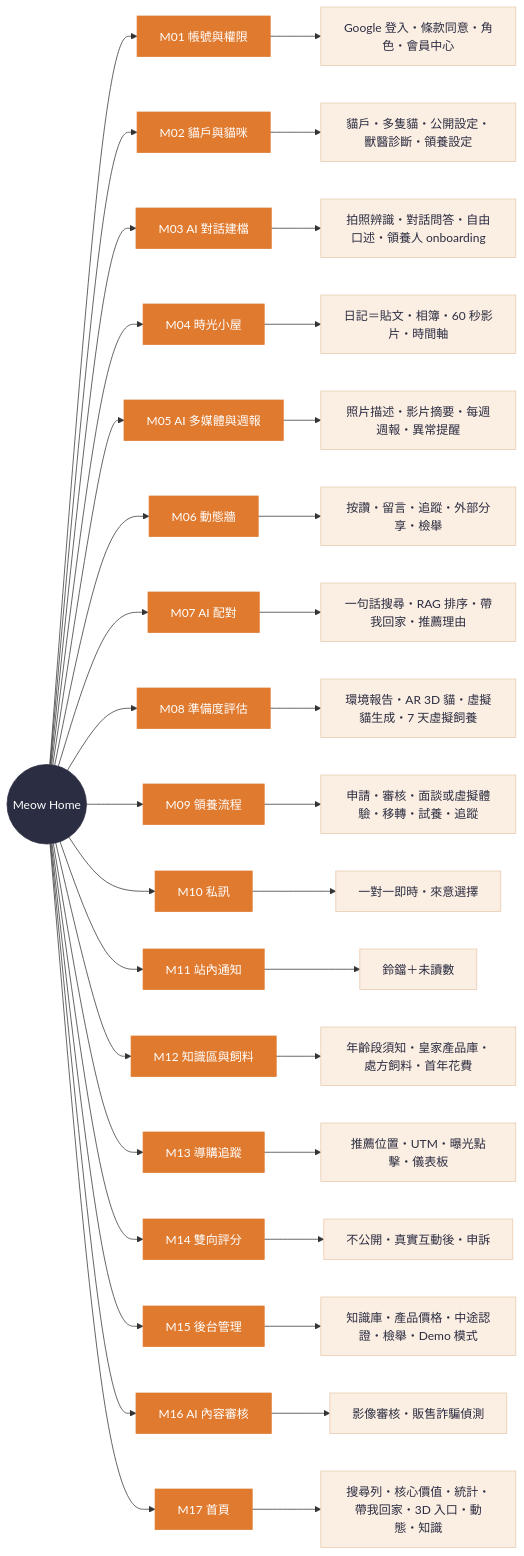
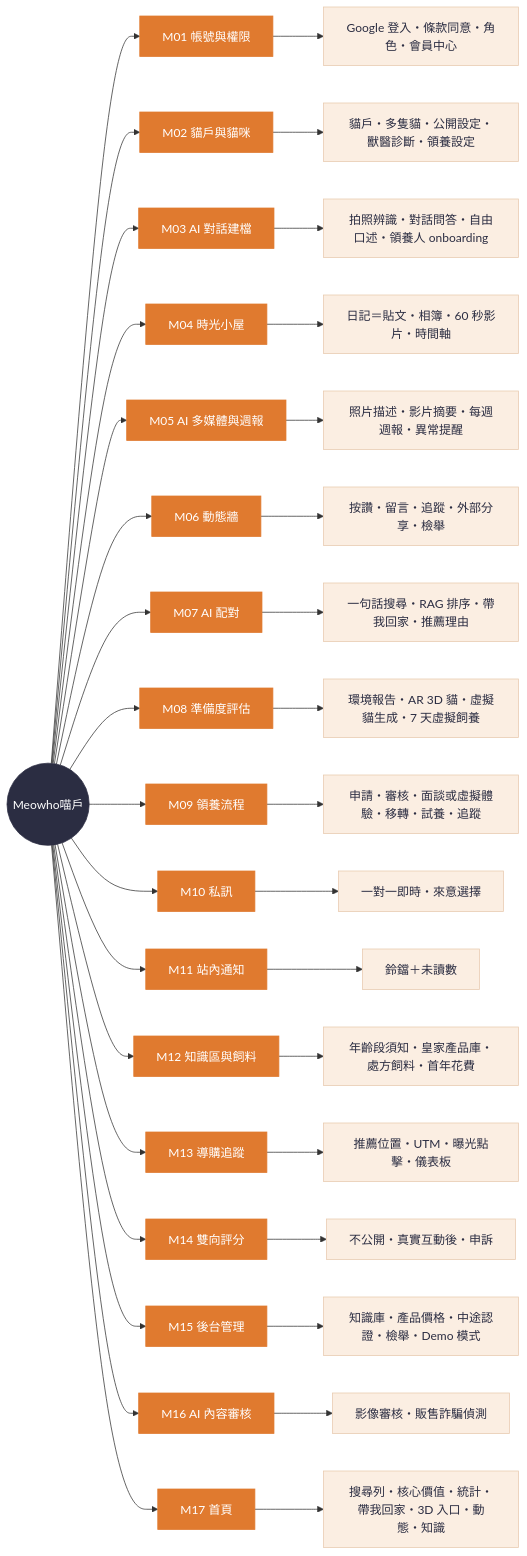
The diagram in docs/spec/diagrams/2_modules.mmd (GAE265-Meowho/Meowho), drawn with Mermaid before and after one commit. The commit also changed 40 other files, not shown here.

```diff
--- a/docs/spec/diagrams/2_modules.mmd
+++ b/docs/spec/diagrams/2_modules.mmd
@@ -1,23 +1,23 @@
 flowchart LR
   classDef root fill:#2B2D42,color:#FFFFFF,stroke:#2B2D42
   classDef m fill:#E07A2F,color:#FFFFFF,stroke:#E07A2F
   classDef f fill:#FBEEE2,color:#2B2D42,stroke:#E8C9AE
-  R((Meow Home)):::root
+  R((Meowho喵戶)):::root
 
   R --> M01[M01 帳號與權限]:::m --> M01a[Google 登入・條款同意・角色・會員中心]:::f
   R --> M02[M02 貓戶與貓咪]:::m --> M02a[貓戶・多隻貓・公開設定・獸醫診斷・領養設定]:::f
   R --> M03[M03 AI 對話建檔]:::m --> M03a[拍照辨識・對話問答・自由口述・領養人 onboarding]:::f
   R --> M04[M04 時光小屋]:::m --> M04a[日記＝貼文・相簿・60 秒影片・時間軸]:::f
   R --> M05[M05 AI 多媒體與週報]:::m --> M05a[照片描述・影片摘要・每週週報・異常提醒]:::f
   R --> M06[M06 動態牆]:::m --> M06a[按讚・留言・追蹤・外部分享・檢舉]:::f
   R --> M07[M07 AI 配對]:::m --> M07a[一句話搜尋・RAG 排序・帶我回家・推薦理由]:::f
   R --> M08[M08 準備度評估]:::m --> M08a[環境報告・AR 3D 貓・虛擬貓生成・7 天虛擬飼養]:::f
   R --> M09[M09 領養流程]:::m --> M09a[申請・審核・面談或虛擬體驗・移轉・試養・追蹤]:::f
   R --> M10[M10 私訊]:::m --> M10a[一對一即時・來意選擇]:::f
   R --> M11[M11 站內通知]:::m --> M11a[鈴鐺＋未讀數]:::f
   R --> M12[M12 知識區與飼料]:::m --> M12a[年齡段須知・皇家產品庫・處方飼料・首年花費]:::f
   R --> M13[M13 導購追蹤]:::m --> M13a[推薦位置・UTM・曝光點擊・儀表板]:::f
   R --> M14[M14 雙向評分]:::m --> M14a[不公開・真實互動後・申訴]:::f
   R --> M15[M15 後台管理]:::m --> M15a[知識庫・產品價格・中途認證・檢舉・Demo 模式]:::f
   R --> M16[M16 AI 內容審核]:::m --> M16a[影像審核・販售詐騙偵測]:::f
   R --> M17[M17 首頁]:::m --> M17a[搜尋列・核心價值・統計・帶我回家・3D 入口・動態・知識]:::f
```
